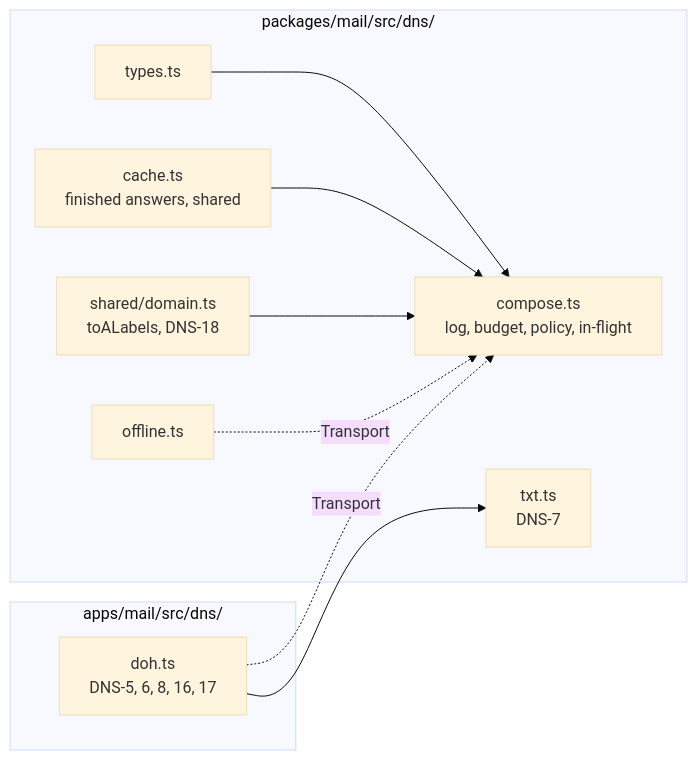
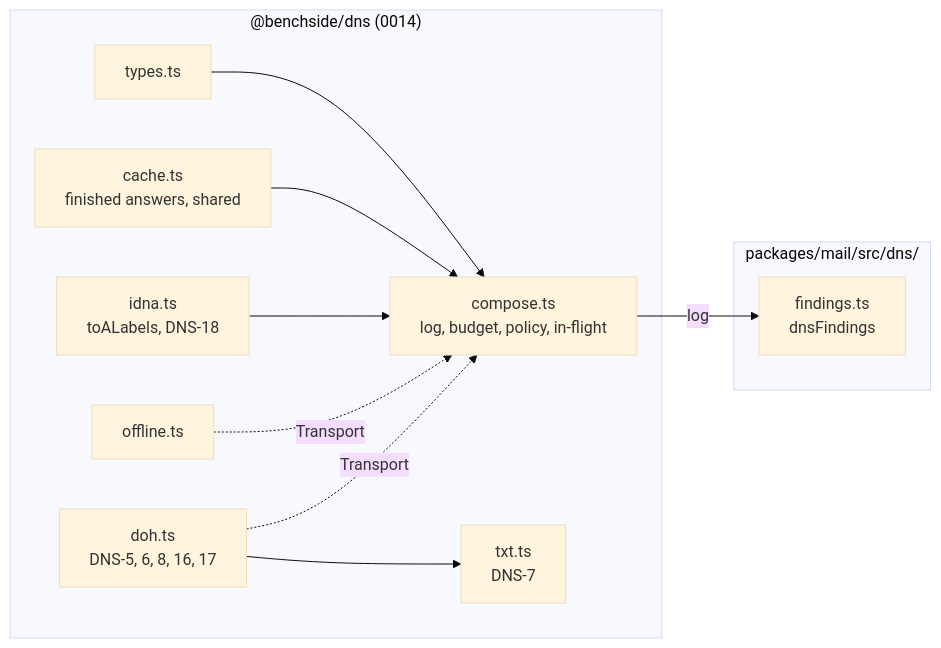
The first of 2 diagrams in docs/explanation/mail-design/dns.md (photom/benchside), drawn with Mermaid (base theme) before and after one commit. The commit also changed other lines of this file and 55 other files, not shown here.

First line of the commit message:
Move the DNS resolver into @benchside/dns (#17)

````diff
--- a/docs/explanation/mail-design/dns.md
+++ b/docs/explanation/mail-design/dns.md
@@ -7,16 +7,18 @@
 ```mermaid
 flowchart LR
-  subgraph pkg ["packages/mail/src/dns/"]
+  subgraph pkg ["@benchside/dns (0014)"]
     types[types.ts] --> compose["compose.ts<br/>log, budget, policy, in-flight"]
     cache["cache.ts<br/>finished answers, shared"] --> compose
-    domain["shared/domain.ts<br/>toALabels, DNS-18"] --> compose
+    idna["idna.ts<br/>toALabels, DNS-18"] --> compose
     offline[offline.ts]
     txt["txt.ts<br/>DNS-7"]
+    doh["doh.ts<br/>DNS-5, 6, 8, 16, 17"]
   end
-  subgraph app ["apps/mail/src/dns/"]
-    doh["doh.ts<br/>DNS-5, 6, 8, 16, 17"]
+  subgraph mail ["packages/mail/src/dns/"]
+    findings["findings.ts<br/>dnsFindings"]
   end
   doh --> txt
   doh -. "Transport" .-> compose
   offline -. "Transport" .-> compose
+  compose -- log --> findings
 ```
````
